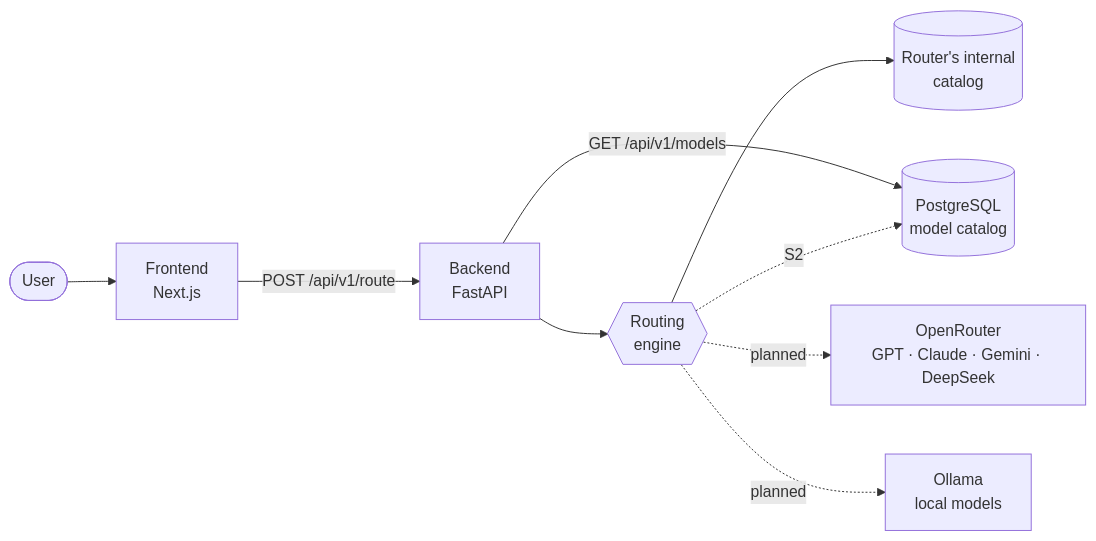
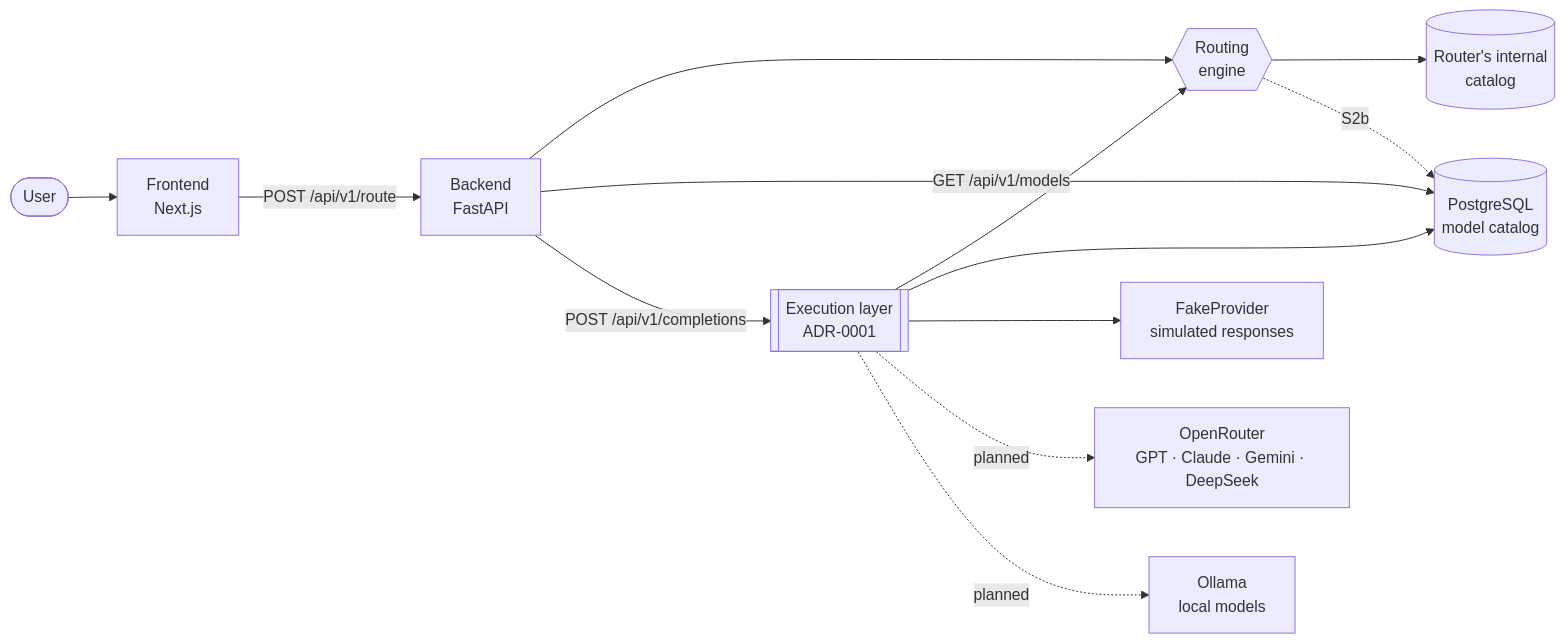
The diagram in README.md (sofia-casado-sainz/ai-router-dashboard), drawn with Mermaid before and after one commit. The commit also changed other lines of this file and 2 other files, not shown here.

First line of the commit message:
docs(s2): document execution wiring and completions endpoint

````diff
--- a/README.md
+++ b/README.md
@@ -39,11 +39,15 @@
 ```mermaid
 flowchart LR
     U([User]) --> FE[Frontend<br/>Next.js]
     FE -->|POST /api/v1/route| BE[Backend<br/>FastAPI]
     BE --> RE{{Routing<br/>engine}}
     RE --> CAT[(Router's internal<br/>catalog)]
     BE -->|GET /api/v1/models| DB[(PostgreSQL<br/>model catalog)]
-    RE -. S2 .-> DB
-    RE -. planned .-> OR[OpenRouter<br/>GPT · Claude · Gemini · DeepSeek]
-    RE -. planned .-> OL[Ollama<br/>local models]
+    BE -->|POST /api/v1/completions| EX[[Execution layer<br/>ADR-0001]]
+    EX --> RE
+    EX --> DB
+    EX --> FP[FakeProvider<br/>simulated responses]
+    RE -. S2b .-> DB
+    EX -. planned .-> OR[OpenRouter<br/>GPT · Claude · Gemini · DeepSeek]
+    EX -. planned .-> OL[Ollama<br/>local models]
 ```
````
